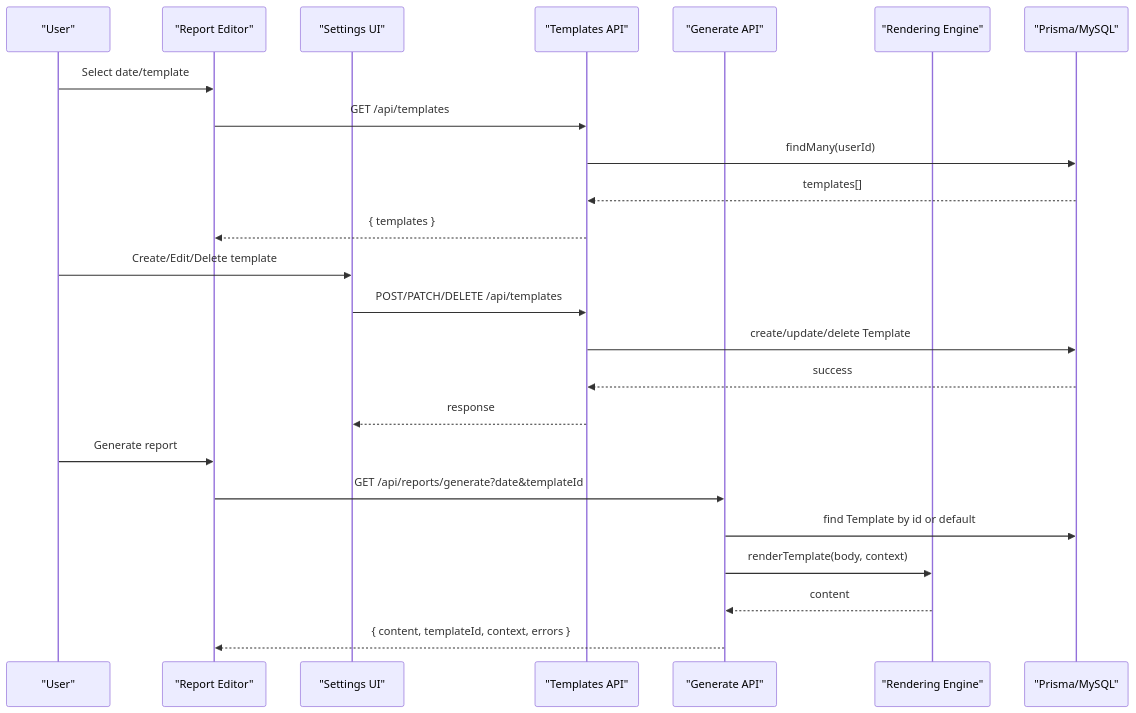
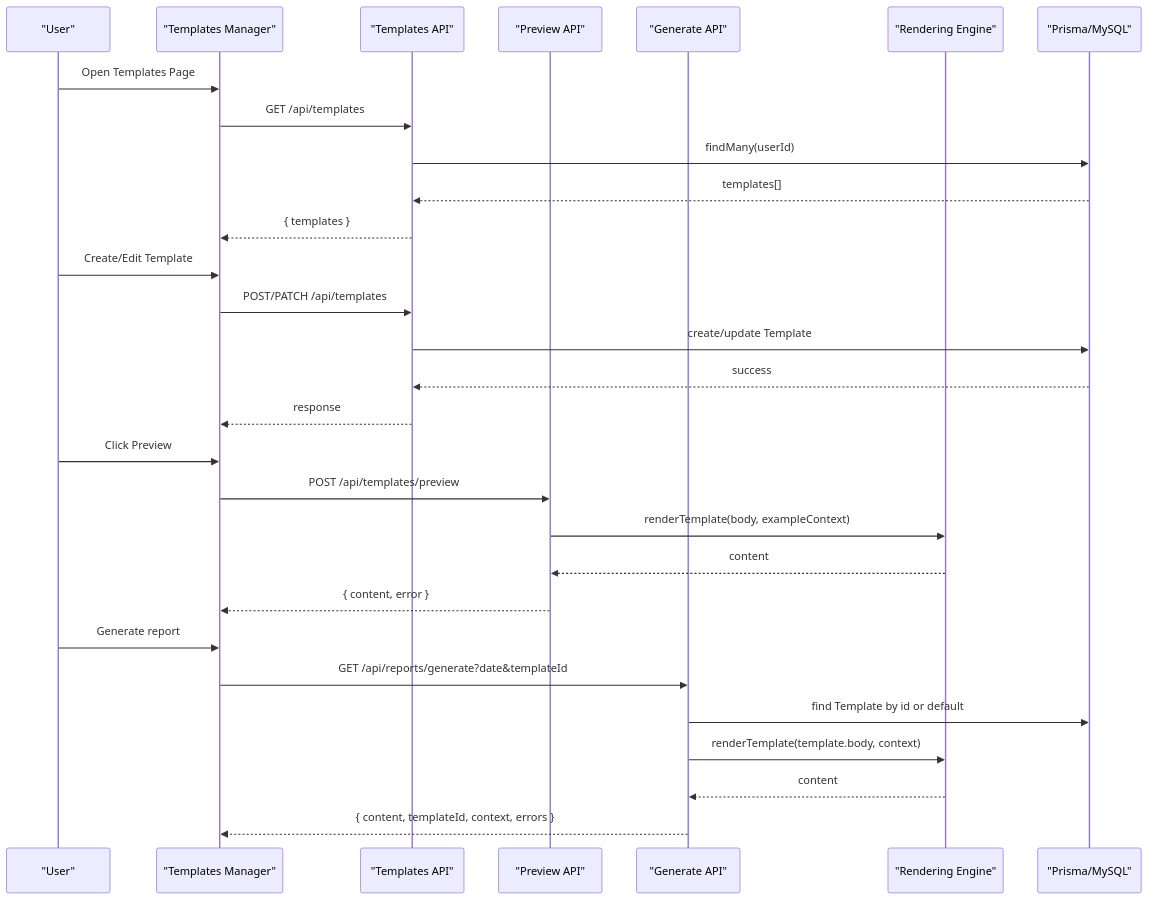
One commit to jrj444/git-daily changed the second of 9 diagrams in .qoder/repowiki/en/content/Settings and Configuration/Template Management.md. Above: the diagram before and after it, drawn with Mermaid. The commit also changed other lines of this file and 26 other files, not shown here.

````diff
--- a/.qoder/repowiki/en/content/Settings and Configuration/Template Management.md
+++ b/.qoder/repowiki/en/content/Settings and Configuration/Template Management.md
@@ -87,26 +119,31 @@
 ```mermaid
 sequenceDiagram
 participant User as "User"
-participant Editor as "Report Editor"
-participant Settings as "Settings UI"
+participant TM as "Templates Manager"
 participant TAPI as "Templates API"
+participant PAPI as "Preview API"
 participant GAPI as "Generate API"
 participant Rend as "Rendering Engine"
 participant DB as "Prisma/MySQL"
-User->>Editor : Select date/template
-Editor->>TAPI : GET /api/templates
+User->>TM : Open Templates Page
+TM->>TAPI : GET /api/templates
 TAPI->>DB : findMany(userId)
 DB-->>TAPI : templates[]
-TAPI-->>Editor : { templates }
-User->>Settings : Create/Edit/Delete template
-Settings->>TAPI : POST/PATCH/DELETE /api/templates
-TAPI->>DB : create/update/delete Template
+TAPI-->>TM : { templates }
+User->>TM : Create/Edit Template
+TM->>TAPI : POST/PATCH /api/templates
+TAPI->>DB : create/update Template
 DB-->>TAPI : success
-TAPI-->>Settings : response
-User->>Editor : Generate report
-Editor->>GAPI : GET /api/reports/generate?date&templateId
+TAPI-->>TM : response
+User->>TM : Click Preview
+TM->>PAPI : POST /api/templates/preview
+PAPI->>Rend : renderTemplate(body, exampleContext)
+Rend-->>PAPI : content
+PAPI-->>TM : { content, error }
+User->>TM : Generate report
+TM->>GAPI : GET /api/reports/generate?date&templateId
 GAPI->>DB : find Template by id or default
-GAPI->>Rend : renderTemplate(body, context)
+GAPI->>Rend : renderTemplate(template.body, context)
 Rend-->>GAPI : content
-GAPI-->>Editor : { content, templateId, context, errors }
+GAPI-->>TM : { content, templateId, context, errors }
 ```
````
